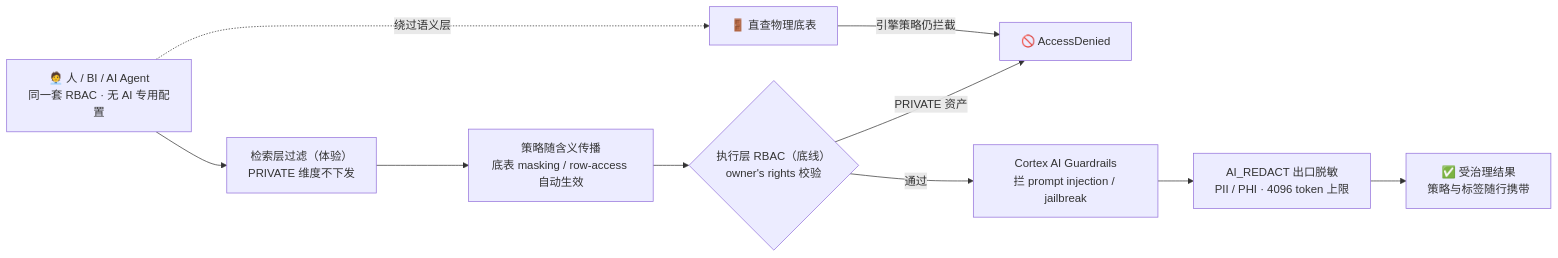
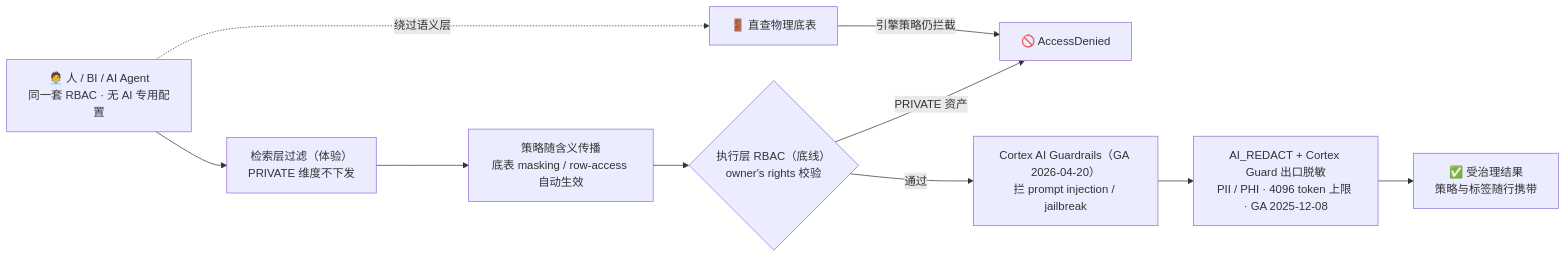
Before and after one commit to ThreeFish-AI/negentropy: the diagram in docs/assets/mermaid/cognitive-context/horizon-context--engine-governance.mmd, drawn with Mermaid. The commit also changed 35 other files, not shown here.

```diff
--- a/docs/assets/mermaid/cognitive-context/horizon-context--engine-governance.mmd
+++ b/docs/assets/mermaid/cognitive-context/horizon-context--engine-governance.mmd
@@ -1,14 +1,15 @@
-%%source: docs/research/cognitive-context/011-horizon-context.md#blockM3 (L242-L269, §5 M3 · 引擎原生治理)
+%%source: docs/research/cognitive-context/011-horizon-context.md#blockM3 (L283-L292, §5 M3 · 引擎原生治理)
 %%slug: cognitive-context/horizon-context--engine-governance
 %%type: workflow
 %%derived: archify workflow v2, authored from source mermaid
+%% fix: (2026-09-15 校准) ① RED 节点补「Cortex Guard」指称（正文 M3：PII/PHI 实时脱敏是 AI_REDACT 与 Cortex Guard 的职责，两指称须分开）；② GRD/RED 补 GA 日期（正文阶段二）；③ %%source 行号更新为 L283-L292
 flowchart LR
     CAL["🧑‍💼 人 / BI / AI Agent<br/>同一套 RBAC · 无 AI 专用配置"] --> FLT["检索层过滤（体验）<br/>PRIVATE 维度不下发"]
     CAL -.->|"绕过语义层"| BYP["🚪 直查物理底表"]
     FLT --> POL["策略随含义传播<br/>底表 masking / row-access 自动生效"]
     POL --> RB{"执行层 RBAC（底线）<br/>owner's rights 校验"}
     RB -->|"PRIVATE 资产"| AX["🚫 AccessDenied"]
     BYP -->|"引擎策略仍拦截"| AX
-    RB -->|"通过"| GRD["Cortex AI Guardrails<br/>拦 prompt injection / jailbreak"]
-    GRD --> RED["AI_REDACT 出口脱敏<br/>PII / PHI · 4096 token 上限"]
+    RB -->|"通过"| GRD["Cortex AI Guardrails（GA 2026-04-20）<br/>拦 prompt injection / jailbreak"]
+    GRD --> RED["AI_REDACT + Cortex Guard 出口脱敏<br/>PII / PHI · 4096 token 上限 · GA 2025-12-08"]
     RED --> OUT["✅ 受治理结果<br/>策略与标签随行携带"]
```
